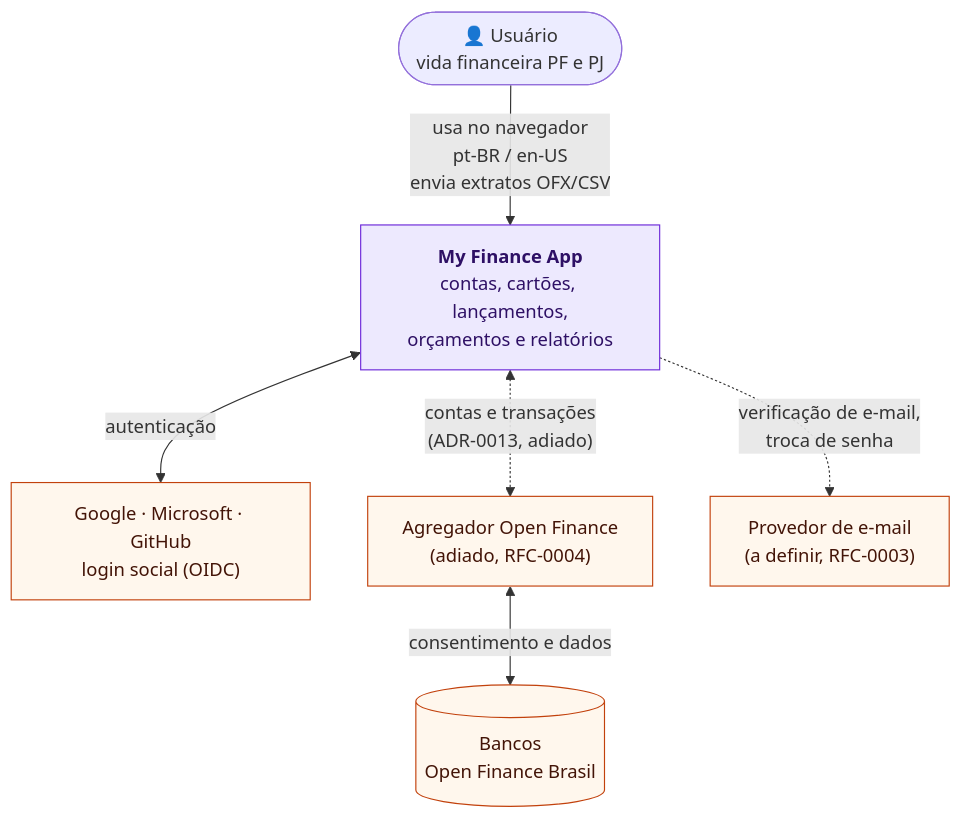
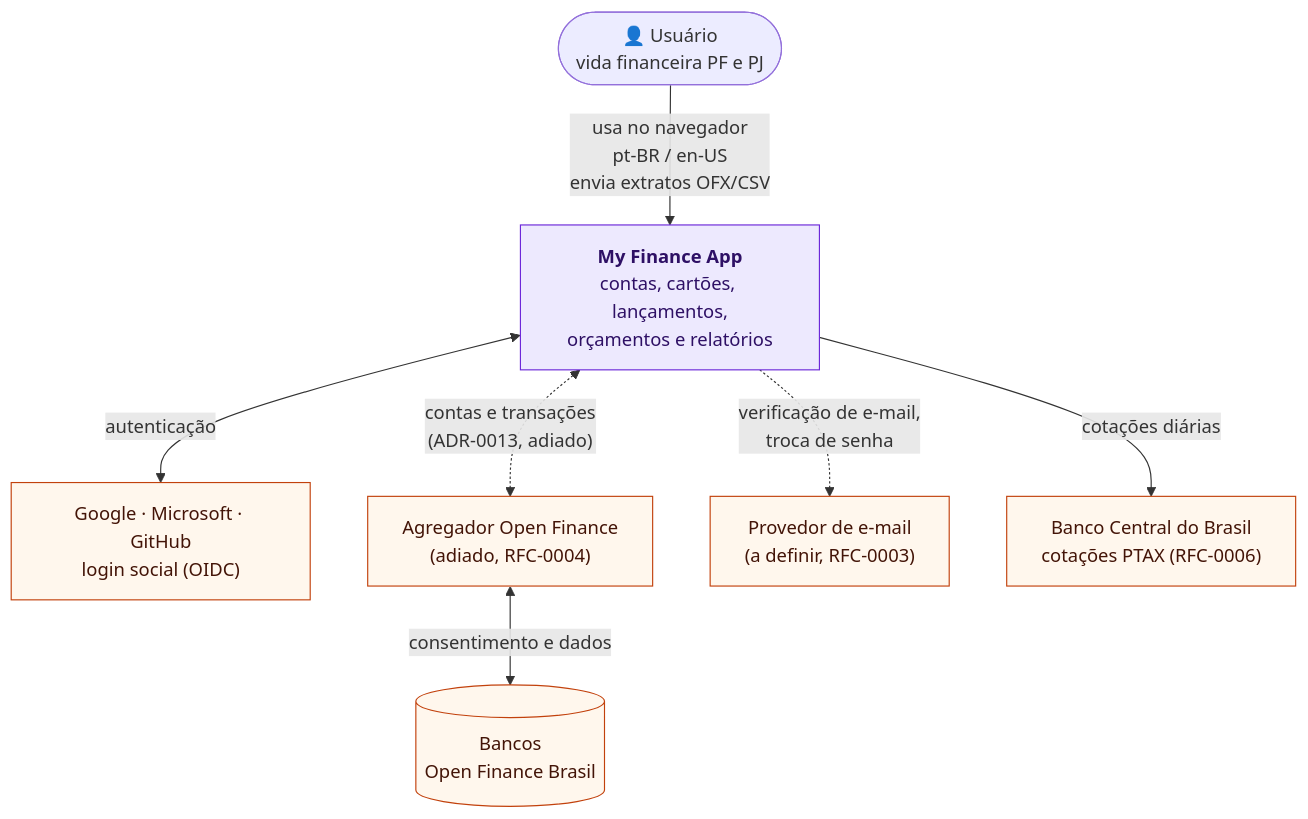
The first of 6 diagrams in docs/architecture/diagrams.md (wyhitomi/my-finance-app), drawn with Mermaid before and after one commit. The commit also changed other lines of this file and 6 other files, not shown here.

````diff
--- a/docs/architecture/diagrams.md
+++ b/docs/architecture/diagrams.md
@@ -14,21 +14,23 @@
 ```mermaid
 flowchart TB
     user(["👤 Usuário<br/>vida financeira PF e PJ"])
     app["<b>My Finance App</b><br/>contas, cartões, lançamentos,<br/>orçamentos e relatórios"]
 
     idp["Google · Microsoft · GitHub<br/>login social (OIDC)"]
     agg["Agregador Open Finance<br/>(adiado, RFC-0004)"]
     banks[("Bancos<br/>Open Finance Brasil")]
     mail["Provedor de e-mail<br/>(a definir, RFC-0003)"]
+    bcb["Banco Central do Brasil<br/>cotações PTAX (RFC-0006)"]
 
     user -->|"usa no navegador<br/>pt-BR / en-US<br/>envia extratos OFX/CSV"| app
     app <-->|autenticação| idp
     app <-.->|"contas e transações<br/>(ADR-0013, adiado)"| agg
     agg <-->|consentimento e dados| banks
     app -.->|"verificação de e-mail,<br/>troca de senha"| mail
+    app -->|cotações diárias| bcb
 
     classDef system fill:#ede9fe,stroke:#6d28d9,color:#2e1065
     classDef external fill:#fff7ed,stroke:#c2410c,color:#431407
     class app system
-    class idp,agg,banks,mail external
+    class idp,agg,banks,mail,bcb external
 ```
````
